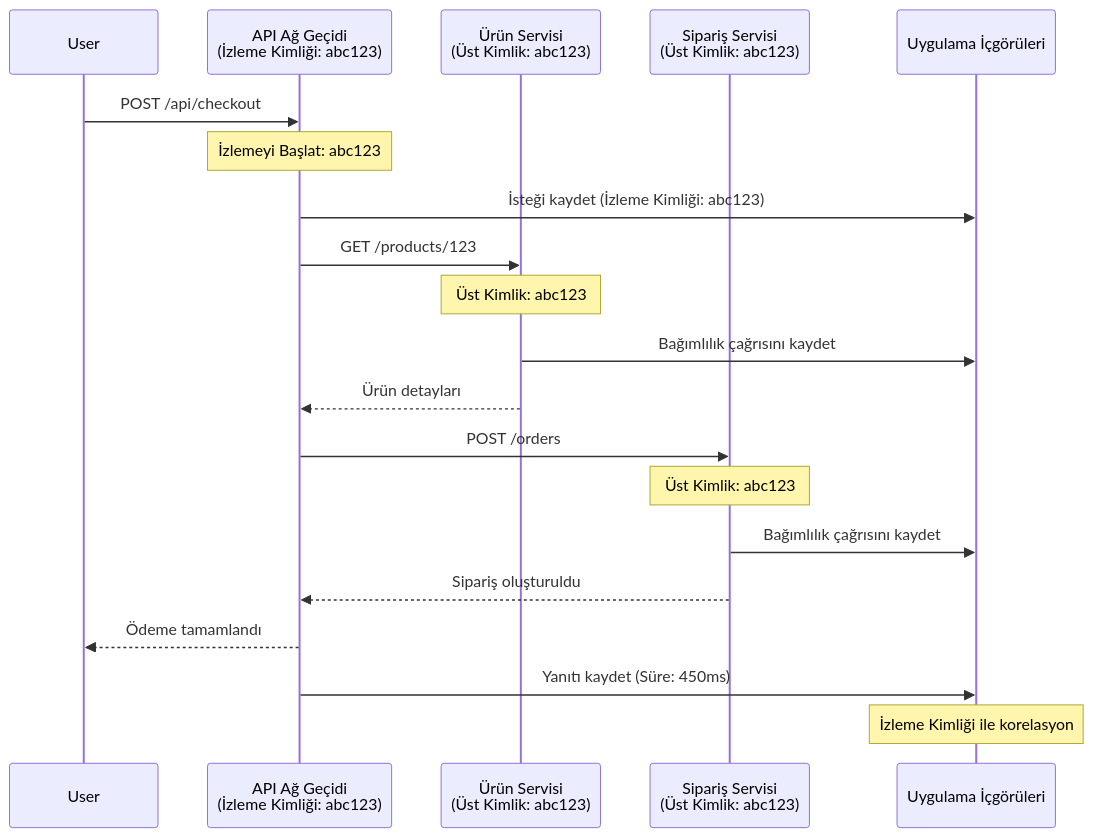
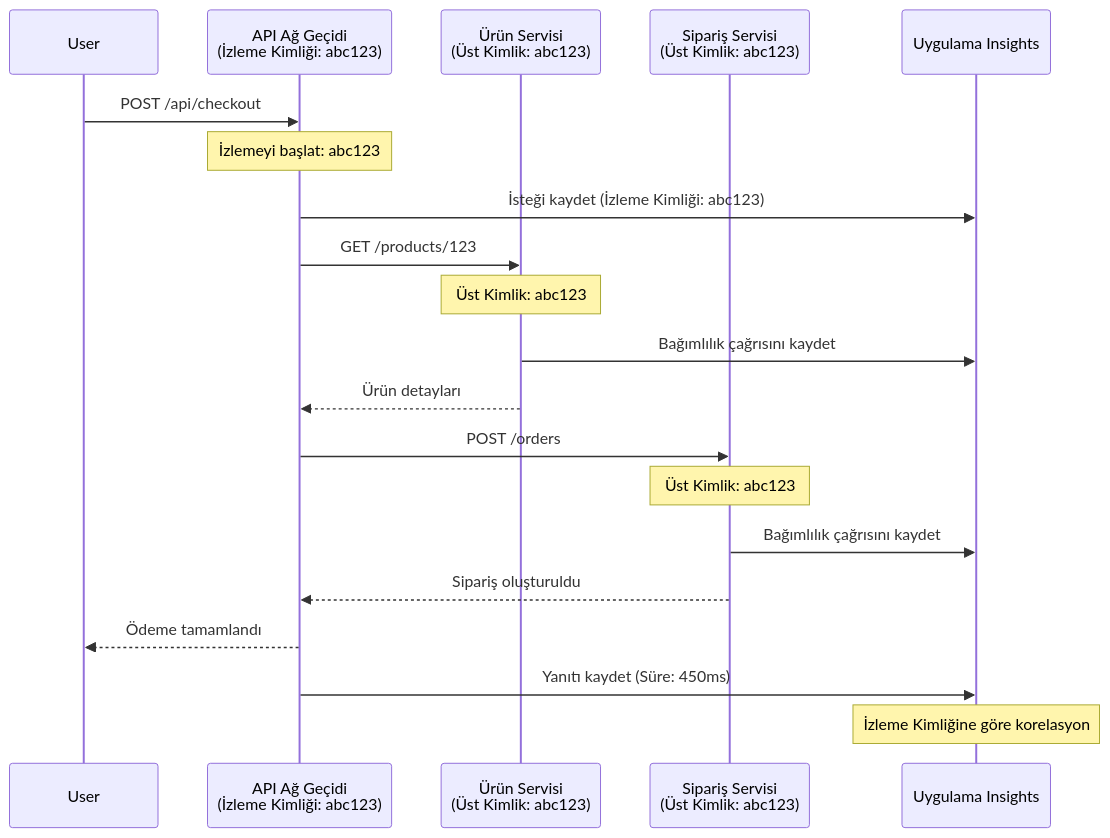
One commit to microsoft/AZD-for-beginners changed the second of 2 diagrams in translations/tr/docs/chapter-06-pre-deployment/application-insights.md. Above: the diagram before and after it, drawn with Mermaid. The commit also changed other lines of this file and 101 other files, not shown here.

````diff
--- a/translations/tr/docs/chapter-06-pre-deployment/application-insights.md
+++ b/translations/tr/docs/chapter-06-pre-deployment/application-insights.md
@@ -744,27 +744,27 @@
 ```mermaid
 sequenceDiagram
     participant User
     participant Gateway as API Ağ Geçidi<br/>(İzleme Kimliği: abc123)
     participant Product as Ürün Servisi<br/>(Üst Kimlik: abc123)
     participant Order as Sipariş Servisi<br/>(Üst Kimlik: abc123)
-    participant AppInsights as Uygulama İçgörüleri
+    participant AppInsights as Uygulama Insights
     
     User->>Gateway: POST /api/checkout
-    Note over Gateway: İzlemeyi Başlat: abc123
+    Note over Gateway: İzlemeyi başlat: abc123
     Gateway->>AppInsights: İsteği kaydet (İzleme Kimliği: abc123)
     
     Gateway->>Product: GET /products/123
     Note over Product: Üst Kimlik: abc123
     Product->>AppInsights: Bağımlılık çağrısını kaydet
     Product-->>Gateway: Ürün detayları
     
     Gateway->>Order: POST /orders
     Note over Order: Üst Kimlik: abc123
     Order->>AppInsights: Bağımlılık çağrısını kaydet
     Order-->>Gateway: Sipariş oluşturuldu
     
     Gateway-->>User: Ödeme tamamlandı
     Gateway->>AppInsights: Yanıtı kaydet (Süre: 450ms)
     
-    Note over AppInsights: İzleme Kimliği ile korelasyon
+    Note over AppInsights: İzleme Kimliğine göre korelasyon
 ```
````
